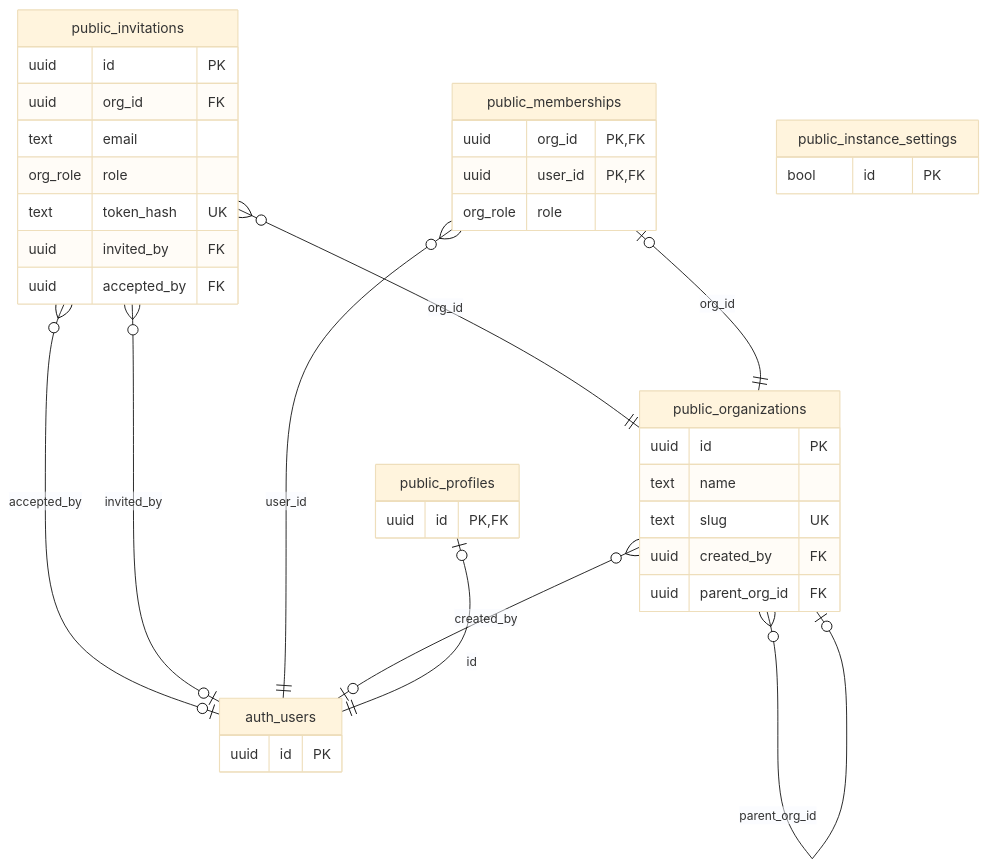
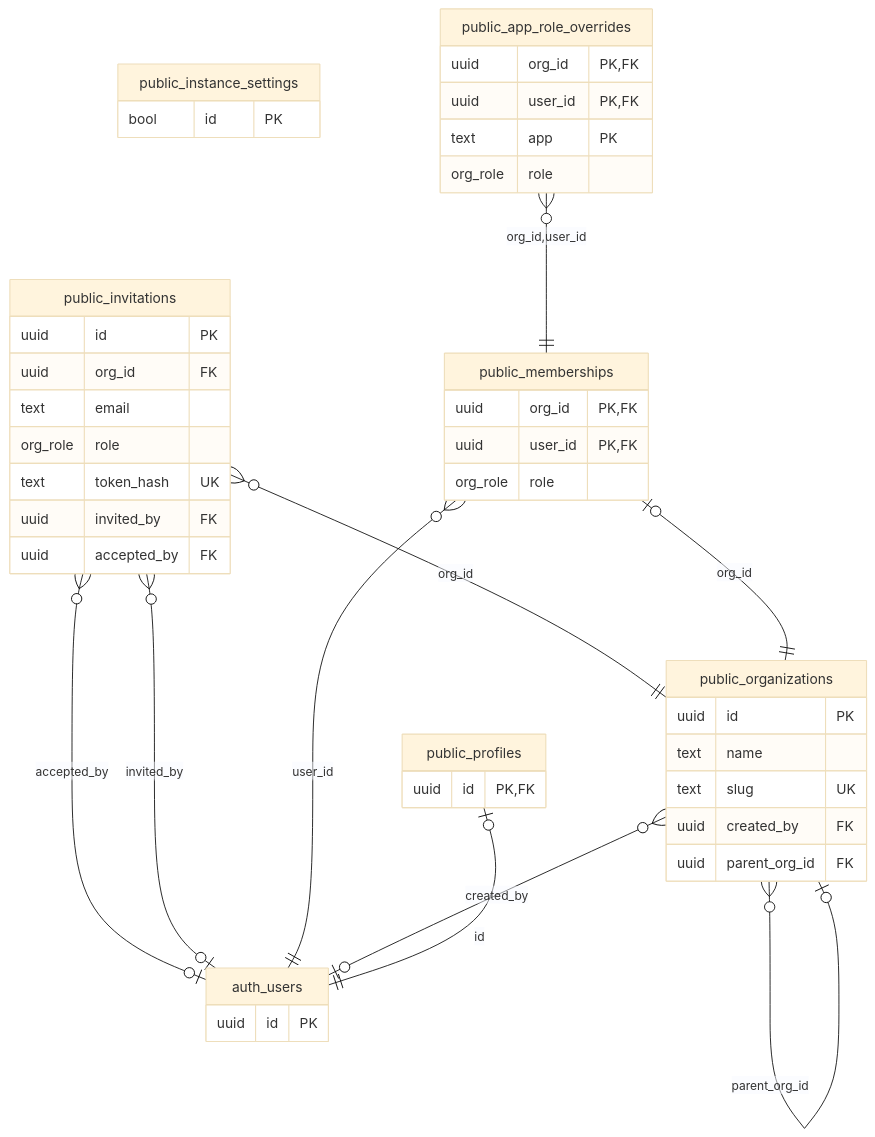
Before and after one commit to Nox-Mob/OpenAppHub: the second of 21 diagrams in docs/database-map.md, drawn with Mermaid (base theme). The commit also changed other lines of this file and 8 other files, not shown here.

````diff
--- a/docs/database-map.md
+++ b/docs/database-map.md
@@ -104,41 +104,48 @@
 ```mermaid
 erDiagram
     public_organizations {
         uuid id PK
         text name
         text slug UK
         uuid created_by FK
         uuid parent_org_id FK
     }
     public_memberships {
         uuid org_id PK,FK
         uuid user_id PK,FK
         org_role role
     }
     public_profiles {
         uuid id PK,FK
     }
     public_invitations {
         uuid id PK
         uuid org_id FK
         text email
         org_role role
         text token_hash UK
         uuid invited_by FK
         uuid accepted_by FK
     }
     public_instance_settings {
         bool id PK
     }
+    public_app_role_overrides {
+        uuid org_id PK,FK
+        uuid user_id PK,FK
+        text app PK
+        org_role role
+    }
     auth_users {
         uuid id PK
     }
+    public_app_role_overrides }o--|| public_memberships : "org_id,user_id"
     public_invitations }o--o| auth_users : "accepted_by"
     public_invitations }o--o| auth_users : "invited_by"
     public_invitations }o--|| public_organizations : "org_id"
     public_memberships |o--|| public_organizations : "org_id"
     public_memberships }o--|| auth_users : "user_id"
     public_organizations }o--o| auth_users : "created_by"
     public_organizations }o--o| public_organizations : "parent_org_id"
     public_profiles |o--|| auth_users : "id"
 ```
````
